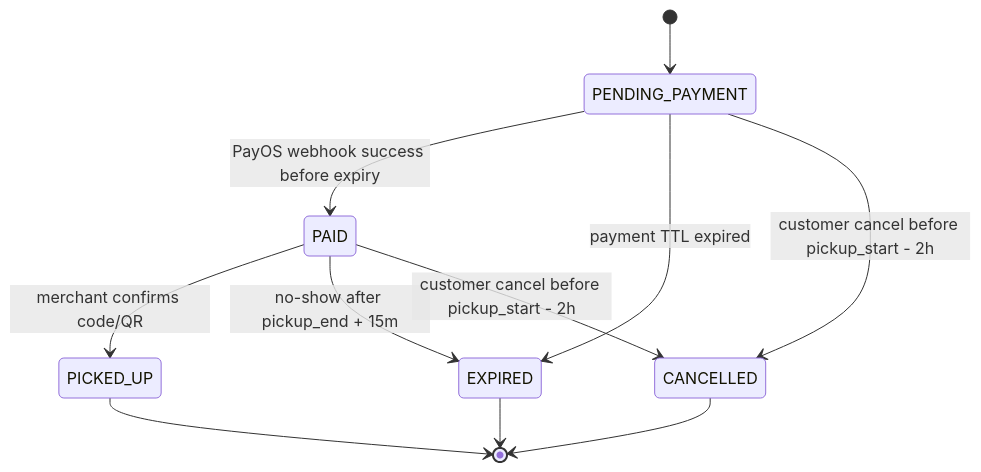
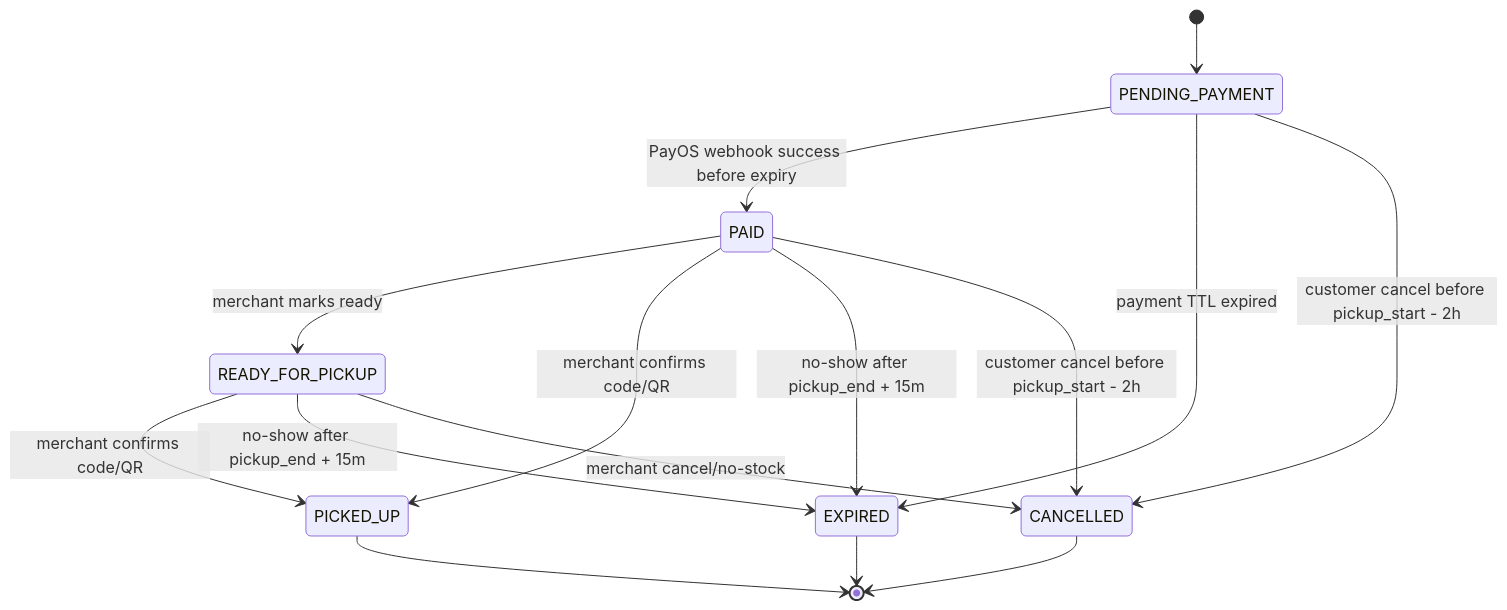
One commit to VoHMinh/LastBite changed the first of 2 diagrams in docs/frontend_business_flows.md. Above: the diagram before and after it, drawn with Mermaid. The commit also changed other lines of this file and 46 other files, not shown here.

Commit message:
Complete order refund ops flows

````diff
--- a/docs/frontend_business_flows.md
+++ b/docs/frontend_business_flows.md
@@ -563,13 +579,17 @@
 ```mermaid
 stateDiagram-v2
     [*] --> PENDING_PAYMENT
     PENDING_PAYMENT --> PAID: PayOS webhook success before expiry
     PENDING_PAYMENT --> EXPIRED: payment TTL expired
     PENDING_PAYMENT --> CANCELLED: customer cancel before pickup_start - 2h
+    PAID --> READY_FOR_PICKUP: merchant marks ready
+    READY_FOR_PICKUP --> PICKED_UP: merchant confirms code/QR
     PAID --> PICKED_UP: merchant confirms code/QR
     PAID --> EXPIRED: no-show after pickup_end + 15m
+    READY_FOR_PICKUP --> EXPIRED: no-show after pickup_end + 15m
     PAID --> CANCELLED: customer cancel before pickup_start - 2h
+    READY_FOR_PICKUP --> CANCELLED: merchant cancel/no-stock
     PICKED_UP --> [*]
     EXPIRED --> [*]
     CANCELLED --> [*]
 ```
````
